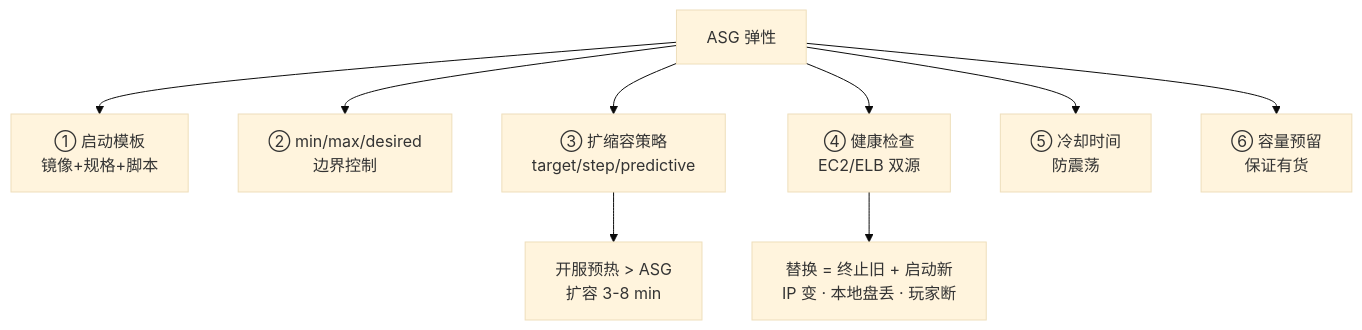
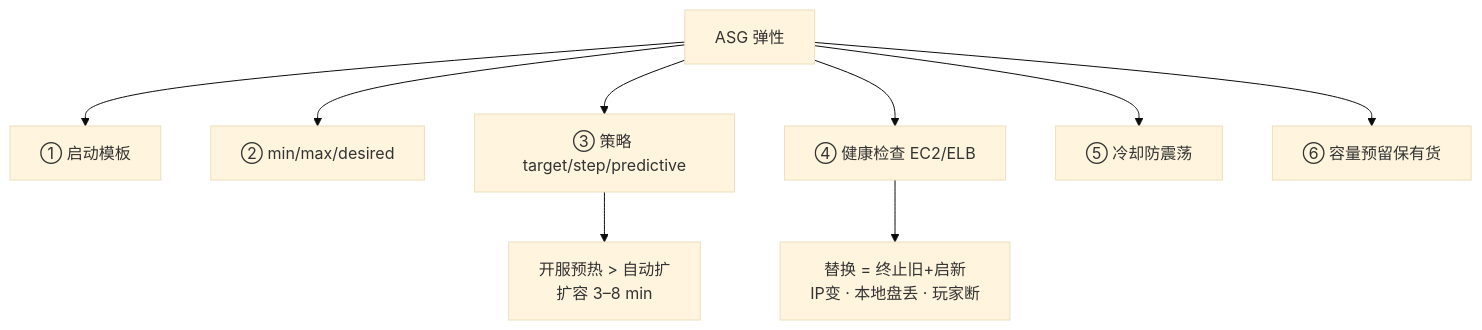
The third of 5 diagrams in 06-云平台/02-云上计算与弹性/知识点.md (ml-cuizijun/LearnToLilith), drawn with Mermaid (base theme) before and after one commit. The commit also changed other lines of this file and 178 other files, not shown here.

````diff
--- a/06-云平台/02-云上计算与弹性/知识点.md
+++ b/06-云平台/02-云上计算与弹性/知识点.md
@@ -281,11 +260,11 @@
 ```mermaid
 flowchart TB
-    ASG["ASG 弹性"] --> S1["① 启动模板<br/>镜像+规格+脚本"]
-    ASG --> S2["② min/max/desired<br/>边界控制"]
-    ASG --> S3["③ 扩缩容策略<br/>target/step/predictive"]
-    ASG --> S4["④ 健康检查<br/>EC2/ELB 双源"]
-    ASG --> S5["⑤ 冷却时间<br/>防震荡"]
-    ASG --> S6["⑥ 容量预留<br/>保证有货"]
-    S4 --> REPLACE["替换 = 终止旧 + 启动新<br/>IP 变 · 本地盘丢 · 玩家断"]
-    S3 --> WARM["开服预热 > ASG<br/>扩容 3-8 min"]
+    ASG["ASG 弹性"] --> S1["① 启动模板"]
+    ASG --> S2["② min/max/desired"]
+    ASG --> S3["③ 策略 target/step/predictive"]
+    ASG --> S4["④ 健康检查 EC2/ELB"]
+    ASG --> S5["⑤ 冷却防震荡"]
+    ASG --> S6["⑥ 容量预留保有货"]
+    S4 --> R["替换 = 终止旧+启新<br/>IP变 · 本地盘丢 · 玩家断"]
+    S3 --> W["开服预热 > 自动扩<br/>扩容 3–8 min"]
 ```
````
